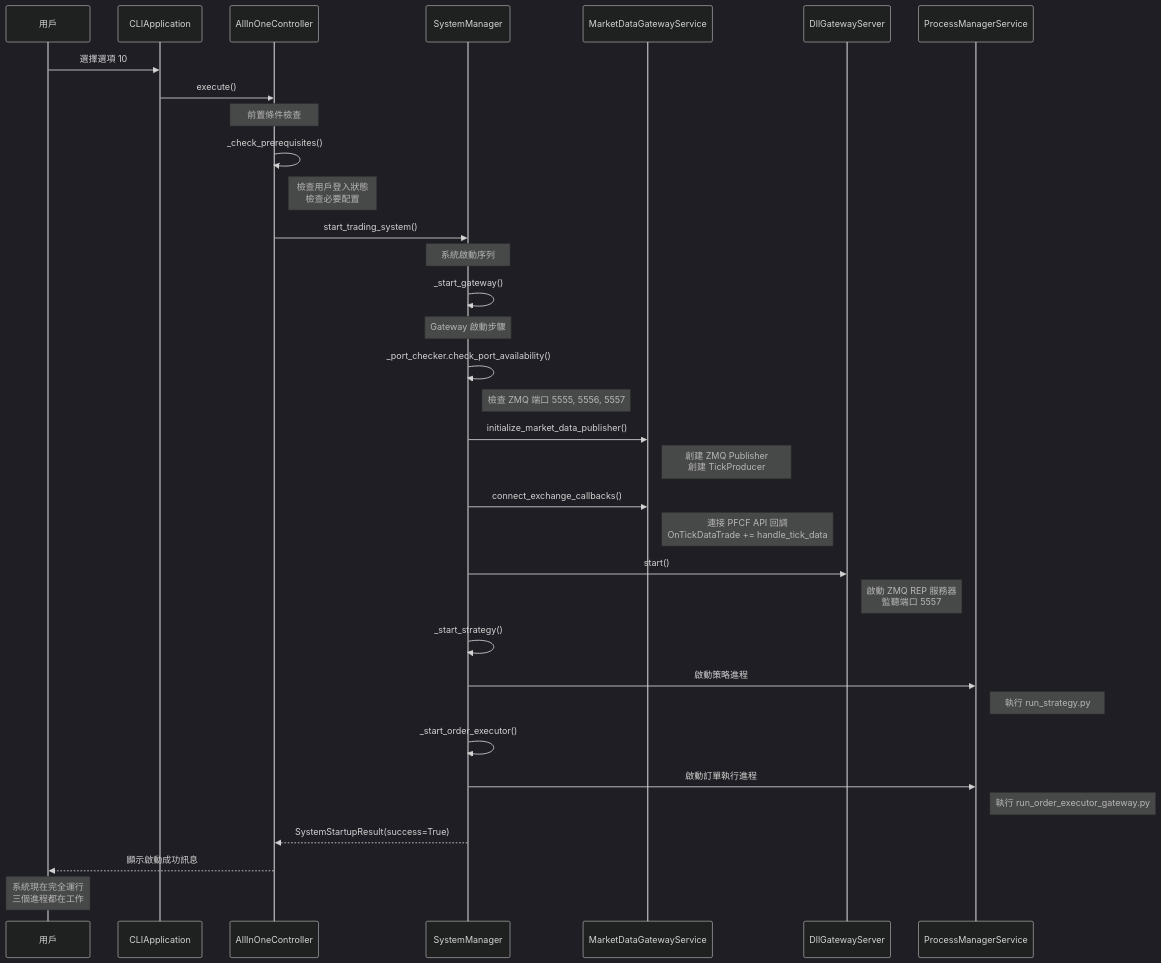
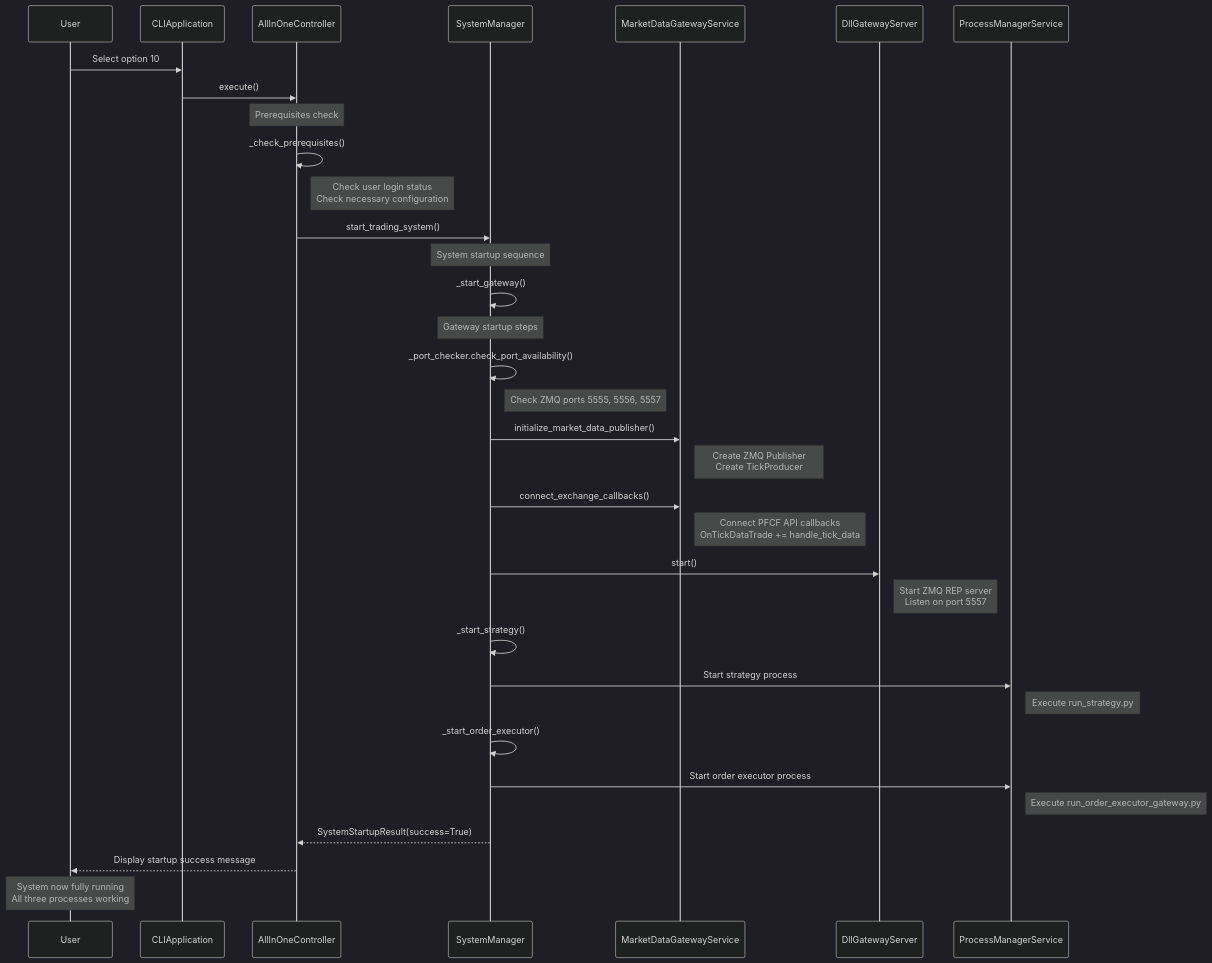
Before and after one commit to ttpss930141011/auto-futures-trading-machine: the third of 11 diagrams in docs/architecture/DETAILED_FLOW_DIAGRAMS.md, drawn with Mermaid (dark theme). The commit also changed other lines of this file and 6 other files, not shown here.

````diff
--- a/docs/architecture/DETAILED_FLOW_DIAGRAMS.md
+++ b/docs/architecture/DETAILED_FLOW_DIAGRAMS.md
@@ -96,48 +96,48 @@
 ```mermaid
 sequenceDiagram
-    participant User as 用戶
+    participant User as User
     participant CLI as CLIApplication
     participant Controller as AllInOneController
     participant SM as SystemManager
     participant MDG as MarketDataGatewayService
     participant DGS as DllGatewayServer
     participant PM as ProcessManagerService
     
-    User->>CLI: 選擇選項 10
+    User->>CLI: Select option 10
     CLI->>Controller: execute()
     
-    Note over Controller: 前置條件檢查
+    Note over Controller: Prerequisites check
     Controller->>Controller: _check_prerequisites()
-    Note right of Controller: 檢查用戶登入狀態<br/>檢查必要配置
+    Note right of Controller: Check user login status<br/>Check necessary configuration
     
     Controller->>SM: start_trading_system()
     
-    Note over SM: 系統啟動序列
+    Note over SM: System startup sequence
     SM->>SM: _start_gateway()
     
-    Note over SM: Gateway 啟動步驟
+    Note over SM: Gateway startup steps
     SM->>SM: _port_checker.check_port_availability()
-    Note right of SM: 檢查 ZMQ 端口 5555, 5556, 5557
+    Note right of SM: Check ZMQ ports 5555, 5556, 5557
     
     SM->>MDG: initialize_market_data_publisher()
-    Note right of MDG: 創建 ZMQ Publisher<br/>創建 TickProducer
+    Note right of MDG: Create ZMQ Publisher<br/>Create TickProducer
     
     SM->>MDG: connect_exchange_callbacks()
-    Note right of MDG: 連接 PFCF API 回調<br/>OnTickDataTrade += handle_tick_data
+    Note right of MDG: Connect PFCF API callbacks<br/>OnTickDataTrade += handle_tick_data
     
     SM->>DGS: start()
-    Note right of DGS: 啟動 ZMQ REP 服務器<br/>監聽端口 5557
+    Note right of DGS: Start ZMQ REP server<br/>Listen on port 5557
     
     SM->>SM: _start_strategy()
-    SM->>PM: 啟動策略進程
-    Note right of PM: 執行 run_strategy.py
+    SM->>PM: Start strategy process
+    Note right of PM: Execute run_strategy.py
     
     SM->>SM: _start_order_executor()
-    SM->>PM: 啟動訂單執行進程
-    Note right of PM: 執行 run_order_executor_gateway.py
+    SM->>PM: Start order executor process
+    Note right of PM: Execute run_order_executor_gateway.py
     
     SM-->>Controller: SystemStartupResult(success=True)
-    Controller-->>User: 顯示啟動成功訊息
+    Controller-->>User: Display startup success message
     
-    Note over User: 系統現在完全運行<br/>三個進程都在工作
+    Note over User: System now fully running<br/>All three processes working
 ```
````
